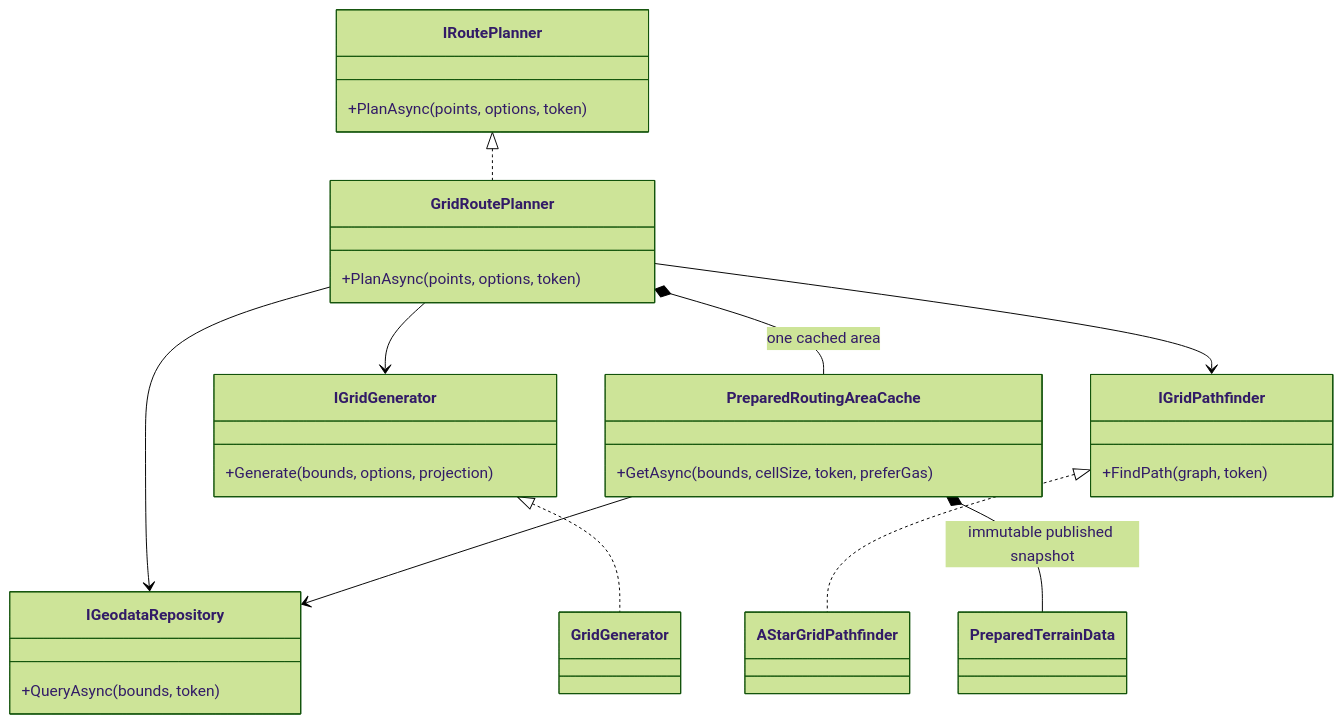
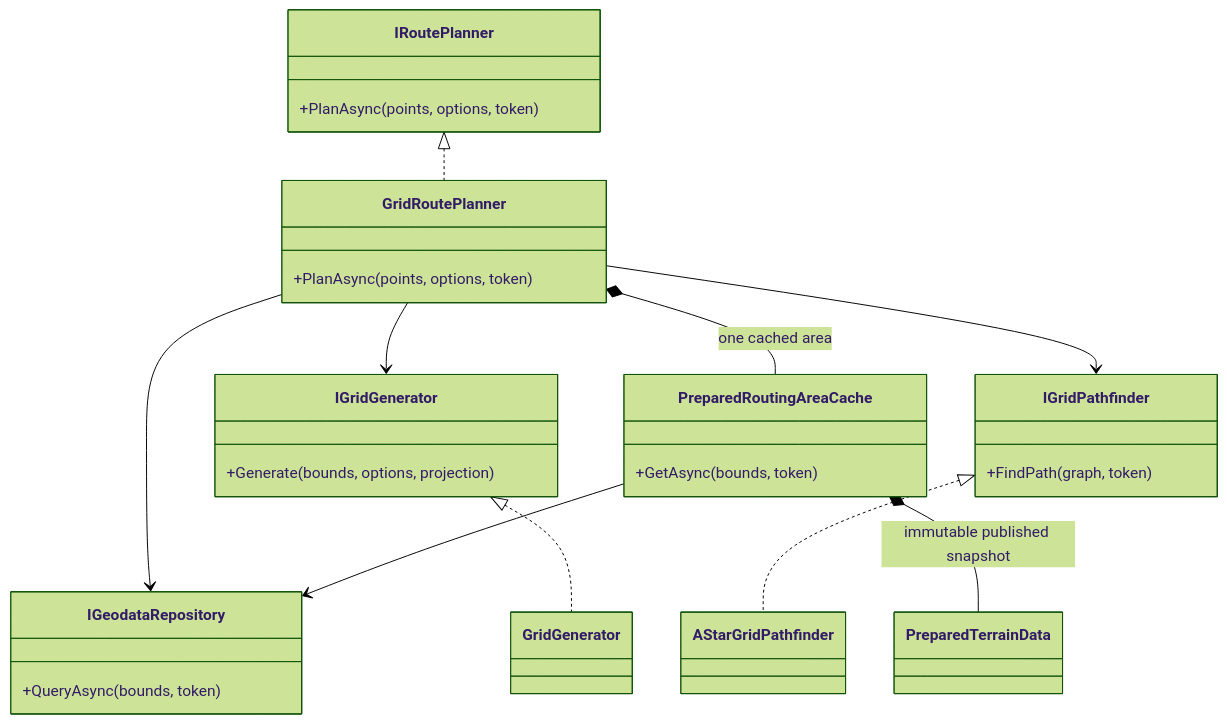
Before and after one commit to Volodya1000/maps: the first of 3 diagrams in docs/routing-internals.md, drawn with Mermaid (forest theme). The commit also changed other lines of this file and 5 other files, not shown here.

Commit message:
refactor(routing): make graph connection preparation explicit

````diff
--- a/docs/routing-internals.md
+++ b/docs/routing-internals.md
@@ -44,33 +44,33 @@
 ```mermaid
 classDiagram
     class IRoutePlanner {
         +PlanAsync(points, options, token)
     }
     class GridRoutePlanner {
         +PlanAsync(points, options, token)
     }
     class IGeodataRepository {
         +QueryAsync(bounds, token)
     }
     class PreparedRoutingAreaCache {
-        +GetAsync(bounds, cellSize, token, preferGas)
+        +GetAsync(bounds, token)
     }
     class PreparedTerrainData
     class IGridGenerator {
         +Generate(bounds, options, projection)
     }
     class GridGenerator
     class IGridPathfinder {
         +FindPath(graph, token)
     }
     class AStarGridPathfinder
     IRoutePlanner <|.. GridRoutePlanner
     IGridGenerator <|.. GridGenerator
     IGridPathfinder <|.. AStarGridPathfinder
     GridRoutePlanner --> IGeodataRepository
     GridRoutePlanner --> IGridGenerator
     GridRoutePlanner --> IGridPathfinder
     GridRoutePlanner *-- PreparedRoutingAreaCache : one cached area
     PreparedRoutingAreaCache --> IGeodataRepository
     PreparedRoutingAreaCache *-- PreparedTerrainData : immutable published snapshot
 ```
````
